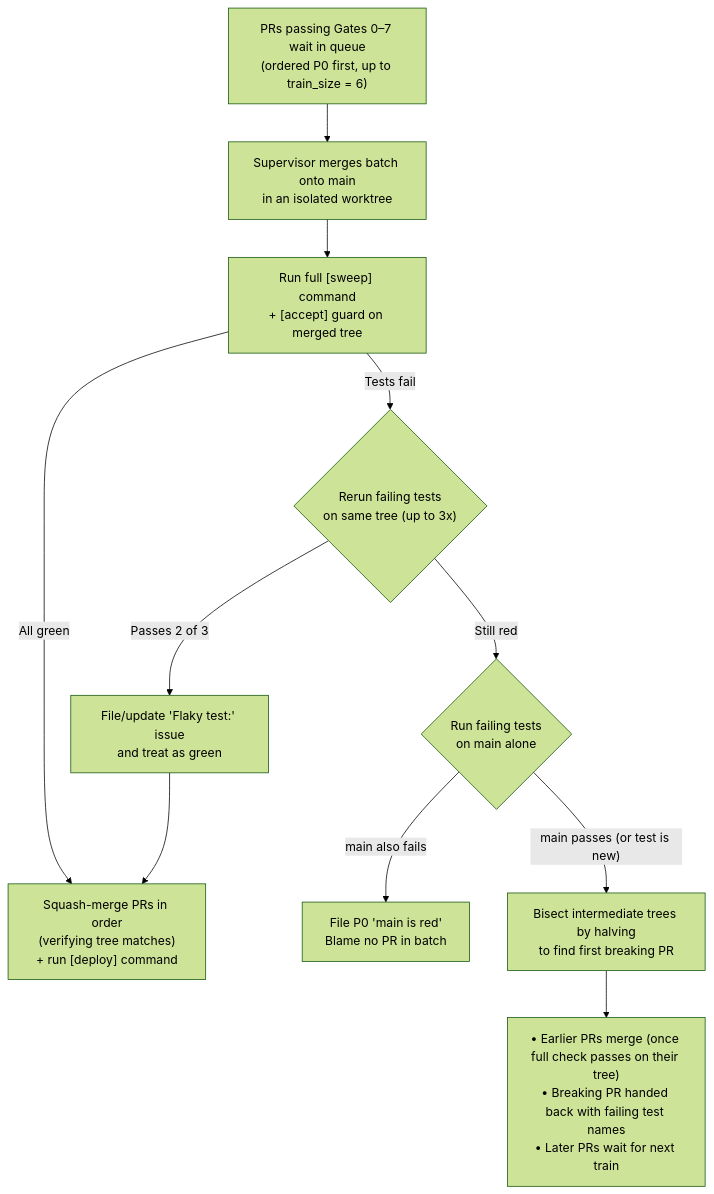
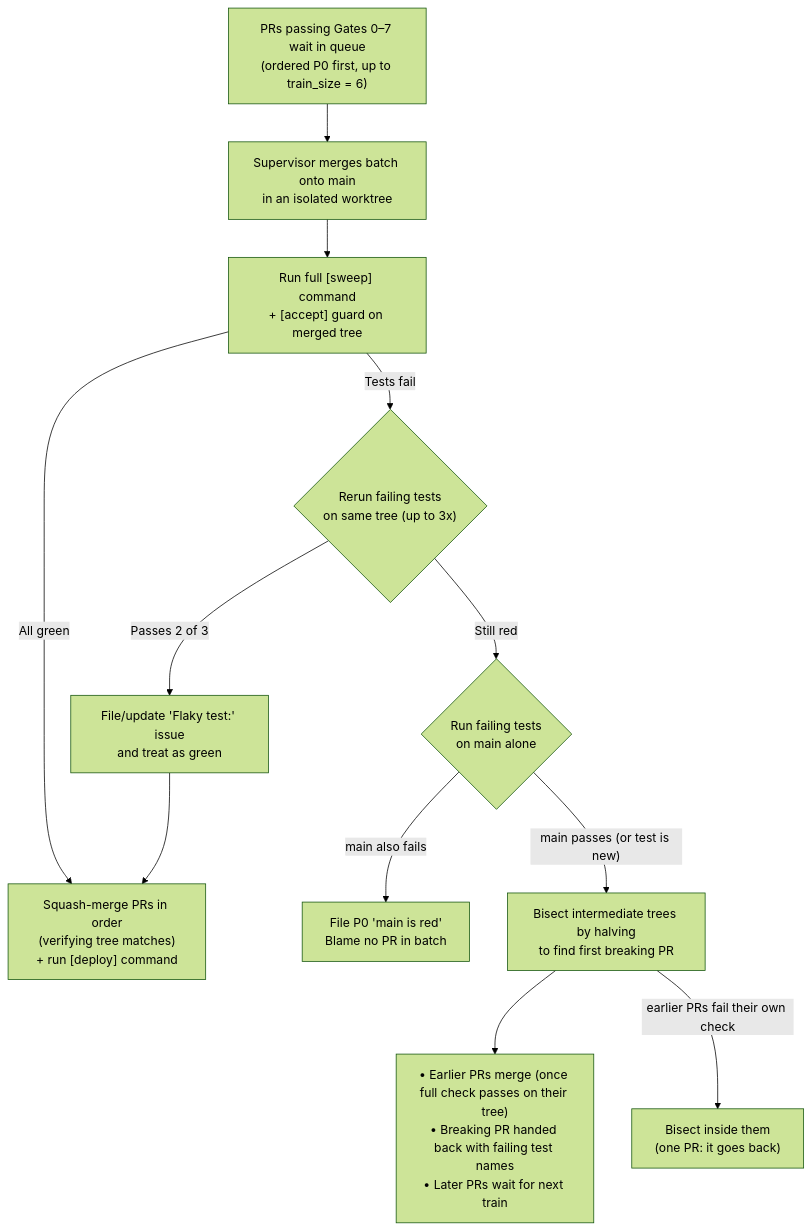
The first of 2 diagrams in docs/how-it-works.md (kazunori279/issuelooper), drawn with Mermaid (forest theme) before and after one commit. The commit also changed other lines of this file and 7 other files, not shown here.

First line of the commit message:
A guard regression goes back to the PR that caused it, and no red PR leads the next train

````diff
--- a/docs/how-it-works.md
+++ b/docs/how-it-works.md
@@ -93,12 +93,13 @@
 ```mermaid
 flowchart TD
     Queue["PRs passing Gates 0–7 wait in queue<br/>(ordered P0 first, up to train_size = 6)"] --> Batch["Supervisor merges batch onto main<br/>in an isolated worktree"]
     Batch --> Run["Run full [sweep] command<br/>+ [accept] guard on merged tree"]
     Run -->|All green| Land["Squash-merge PRs in order<br/>(verifying tree matches)<br/>+ run [deploy] command"]
     Run -->|Tests fail| Flake{"Rerun failing tests<br/>on same tree (up to 3x)"}
     Flake -->|"Passes 2 of 3"| MarkFlake["File/update 'Flaky test:' issue<br/>and treat as green"] --> Land
     Flake -->|"Still red"| CheckMain{"Run failing tests<br/>on main alone"}
     CheckMain -->|"main also fails"| MainRed["File P0 'main is red'<br/>Blame no PR in batch"]
     CheckMain -->|"main passes (or test is new)"| Bisect["Bisect intermediate trees by halving<br/>to find first breaking PR"]
     Bisect --> Split["• Earlier PRs merge (once full check passes on their tree)<br/>• Breaking PR handed back with failing test names<br/>• Later PRs wait for next train"]
+    Bisect -->|"earlier PRs fail their own check"| Inner["Bisect inside them<br/>(one PR: it goes back)"]
 ```
````
